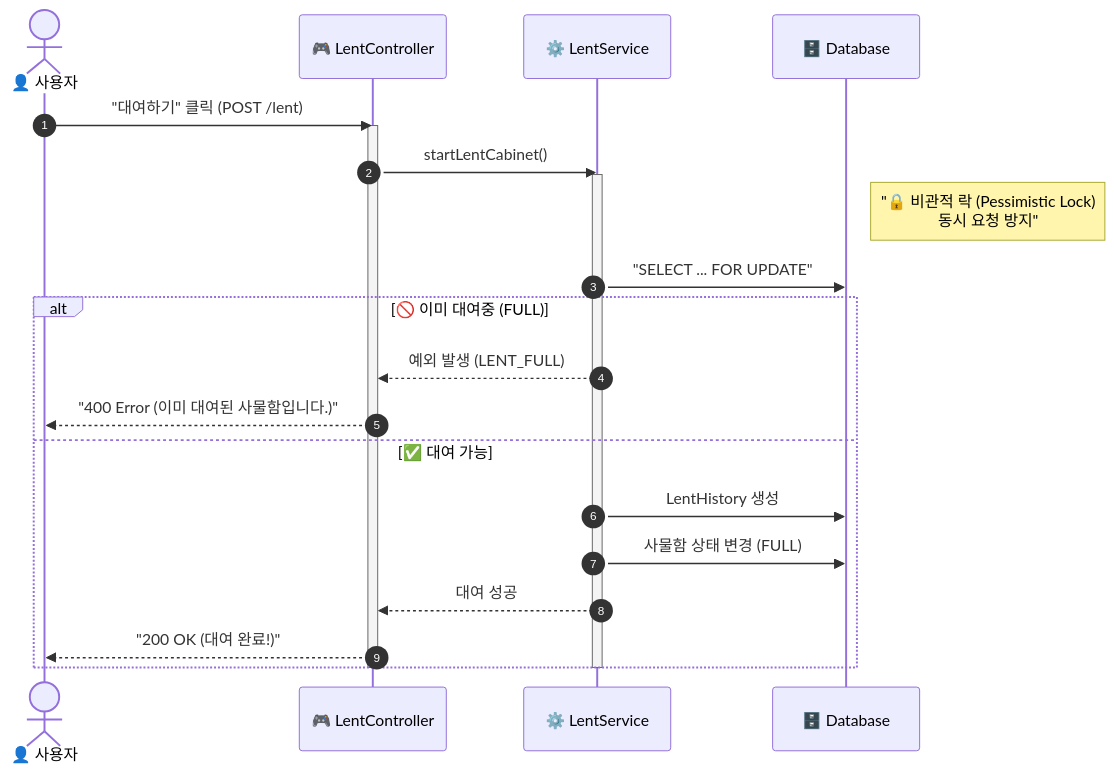
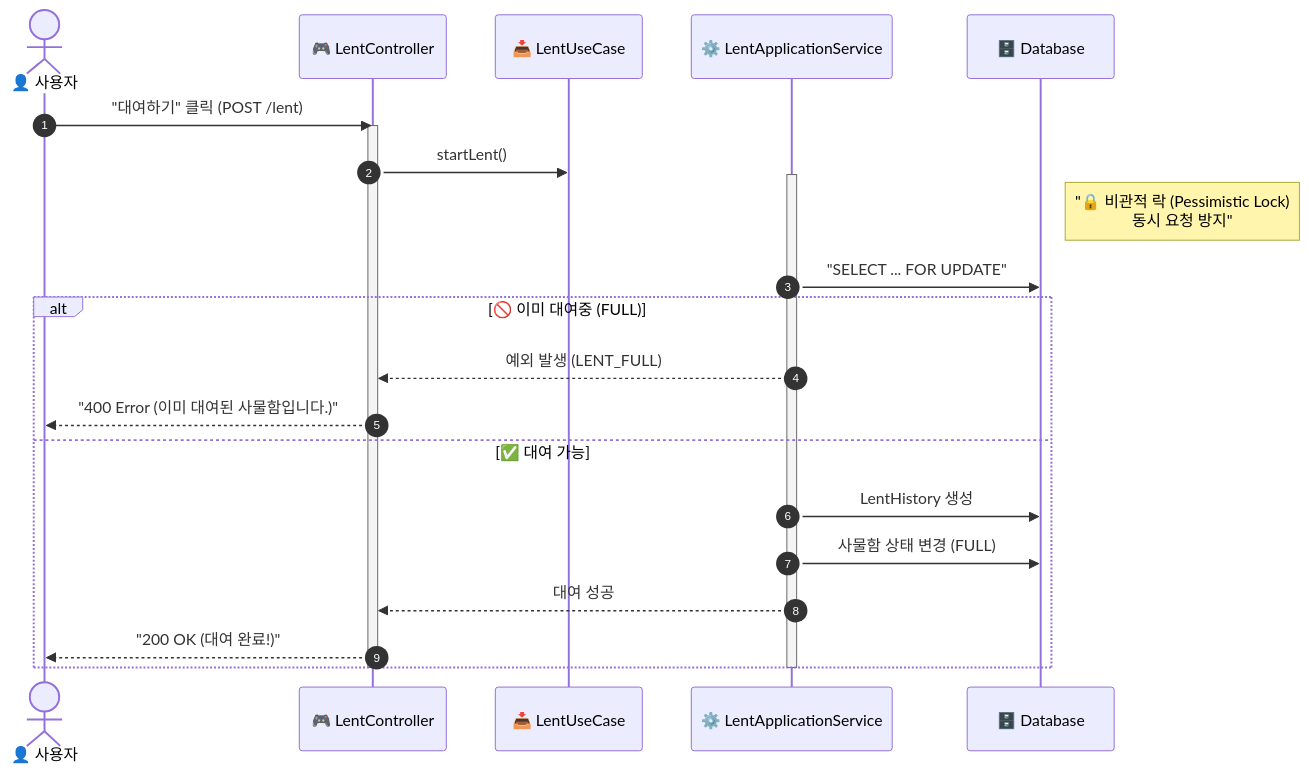
Before and after one commit to farmer0010/ft_transcendence: the fifth of 9 diagrams in backend/README.md, drawn with Mermaid. The commit also changed other lines of this file and 48 other files, not shown here.

First line of the commit message:
refactor: migrate to Hexagonal Architecture (Ports & Adapters)

````diff
--- a/backend/README.md
+++ b/backend/README.md
@@ -431,28 +479,29 @@
 ```mermaid
 sequenceDiagram
     autonumber
     actor User as 👤 사용자
     participant Controller as 🎮 LentController
-    participant Service as ⚙️ LentService
+    participant UseCase as 📥 LentUseCase
+    participant Service as ⚙️ LentApplicationService
     participant DB as 🗄️ Database
 
     User->>Controller: "대여하기" 클릭 (POST /lent)
     activate Controller
-    Controller->>Service: startLentCabinet()
+    Controller->>UseCase: startLent()
     activate Service
     
     Note right of DB: "🔒 비관적 락 (Pessimistic Lock)<br/>동시 요청 방지"
     Service->>DB: "SELECT ... FOR UPDATE"
     
     alt 🚫 이미 대여중 (FULL)
         Service-->>Controller: 예외 발생 (LENT_FULL)
         Controller-->>User: "400 Error (이미 대여된 사물함입니다.)"
     else ✅ 대여 가능
         Service->>DB: LentHistory 생성
         Service->>DB: 사물함 상태 변경 (FULL)
         Service-->>Controller: 대여 성공
         Controller-->>User: "200 OK (대여 완료!)"
     end
     deactivate Service
     deactivate Controller
 ```
````
